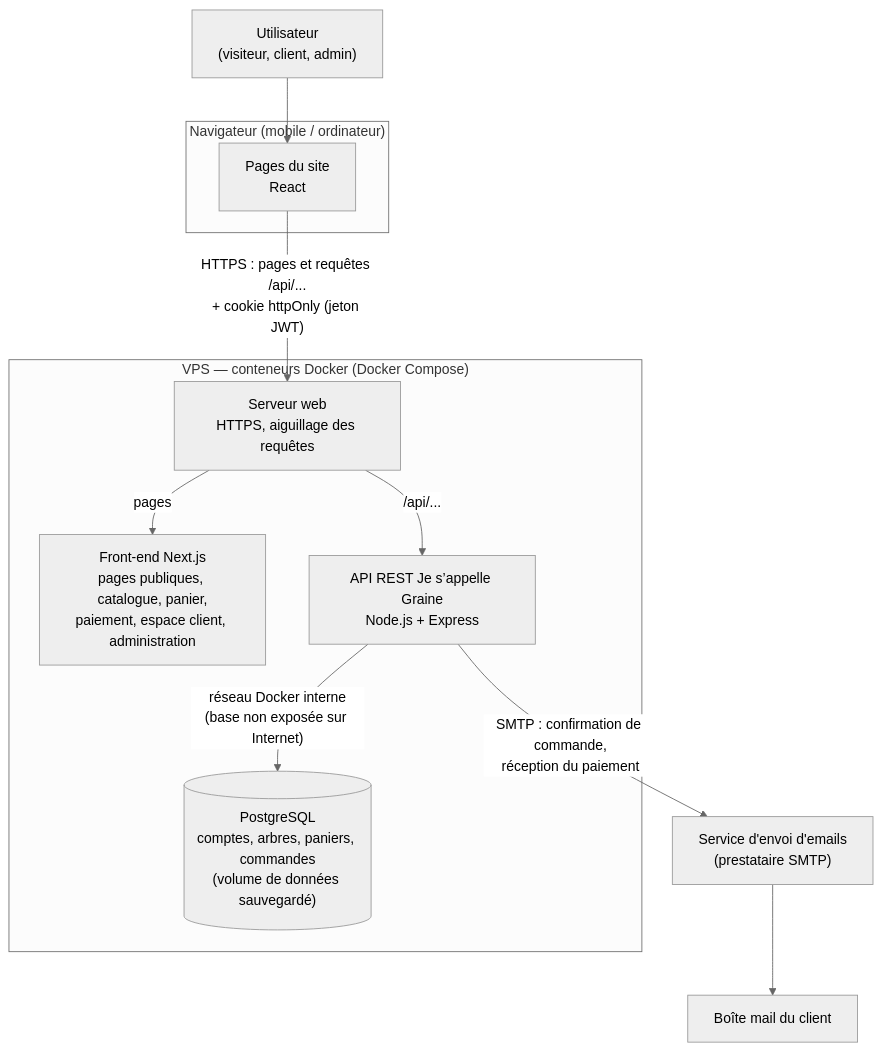
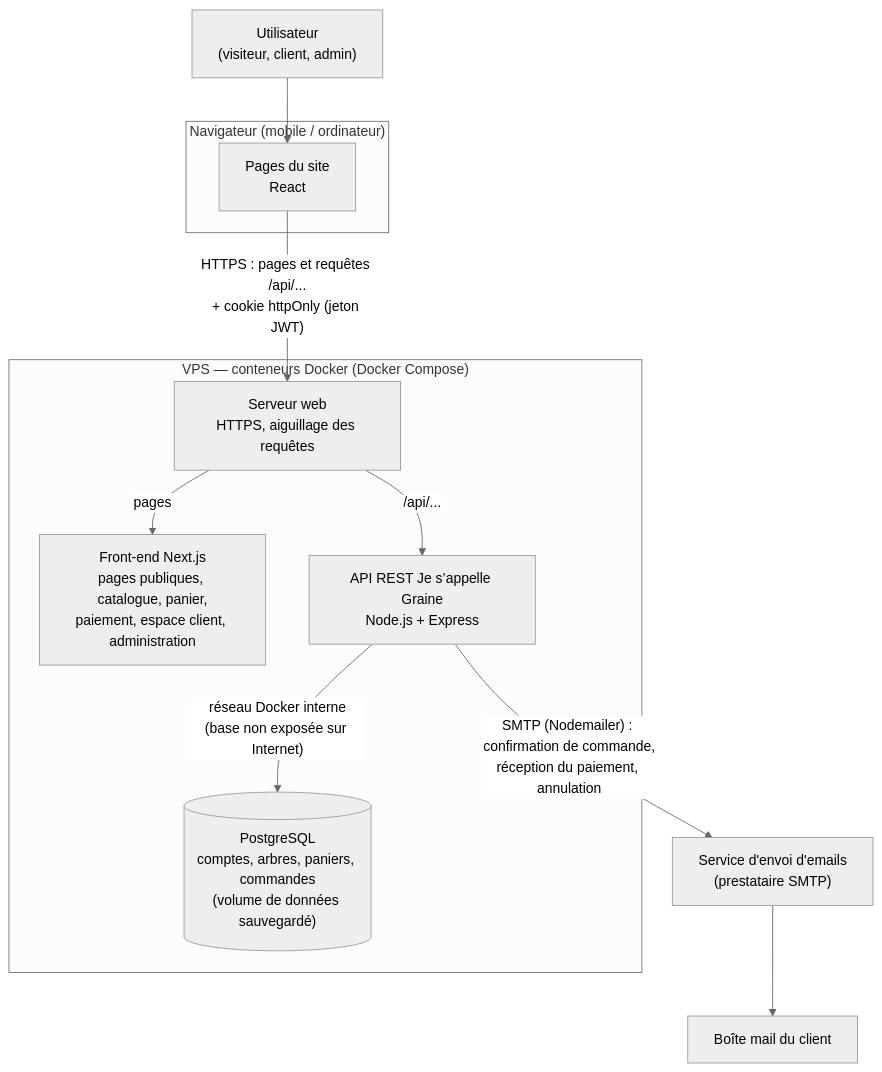
The first of 3 diagrams in docs/conception/diagrammes/01-architecture.md (DimitryDereppe/je-s-appelle-graine), drawn with Mermaid (neutral theme) before and after one commit. The commit also changed other lines of this file and 4 other files, not shown here.

````diff
--- a/docs/conception/diagrammes/01-architecture.md
+++ b/docs/conception/diagrammes/01-architecture.md
@@ -13,26 +13,26 @@
 ```mermaid
 flowchart TB
     U["Utilisateur<br/>(visiteur, client, admin)"]
 
     subgraph NAV["Navigateur (mobile / ordinateur)"]
         P["Pages du site<br/>React"]
     end
 
     subgraph VPS["VPS — conteneurs Docker (Docker Compose)"]
         W["Serveur web<br/>HTTPS, aiguillage des requêtes"]
         F["Front-end Next.js<br/>pages publiques, catalogue, panier,<br/>paiement, espace client, administration"]
         API["API REST Je s’appelle Graine<br/>Node.js + Express"]
         DB[("PostgreSQL<br/>comptes, arbres, paniers, commandes<br/>(volume de données sauvegardé)")]
     end
 
     MAIL["Service d'envoi d'emails<br/>(prestataire SMTP)"]
     BOX["Boîte mail du client"]
 
     U --> P
     P -- "HTTPS : pages et requêtes /api/...<br/>+ cookie httpOnly (jeton JWT)" --> W
     W -- "pages" --> F
     W -- "/api/..." --> API
     API -- "réseau Docker interne<br/>(base non exposée sur Internet)" --> DB
-    API -- "SMTP : confirmation de commande,<br/>réception du paiement" --> MAIL
+    API -- "SMTP (Nodemailer) : confirmation de commande,<br/>réception du paiement, annulation" --> MAIL
     MAIL --> BOX
 ```
````
